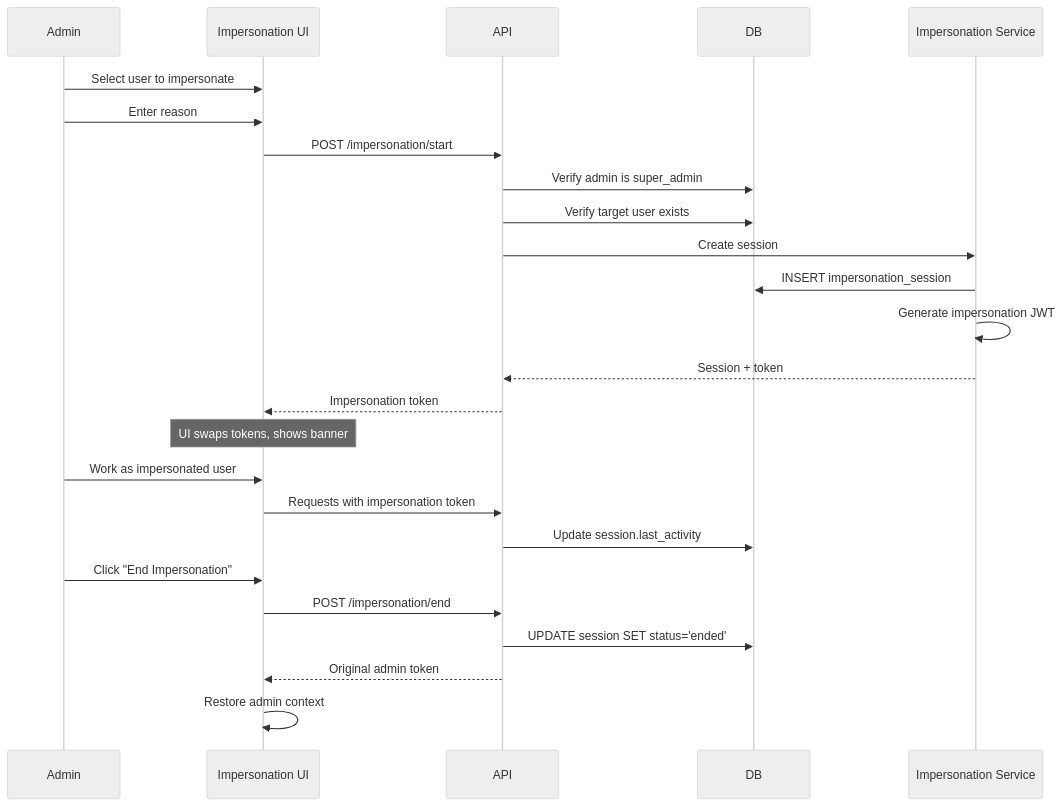
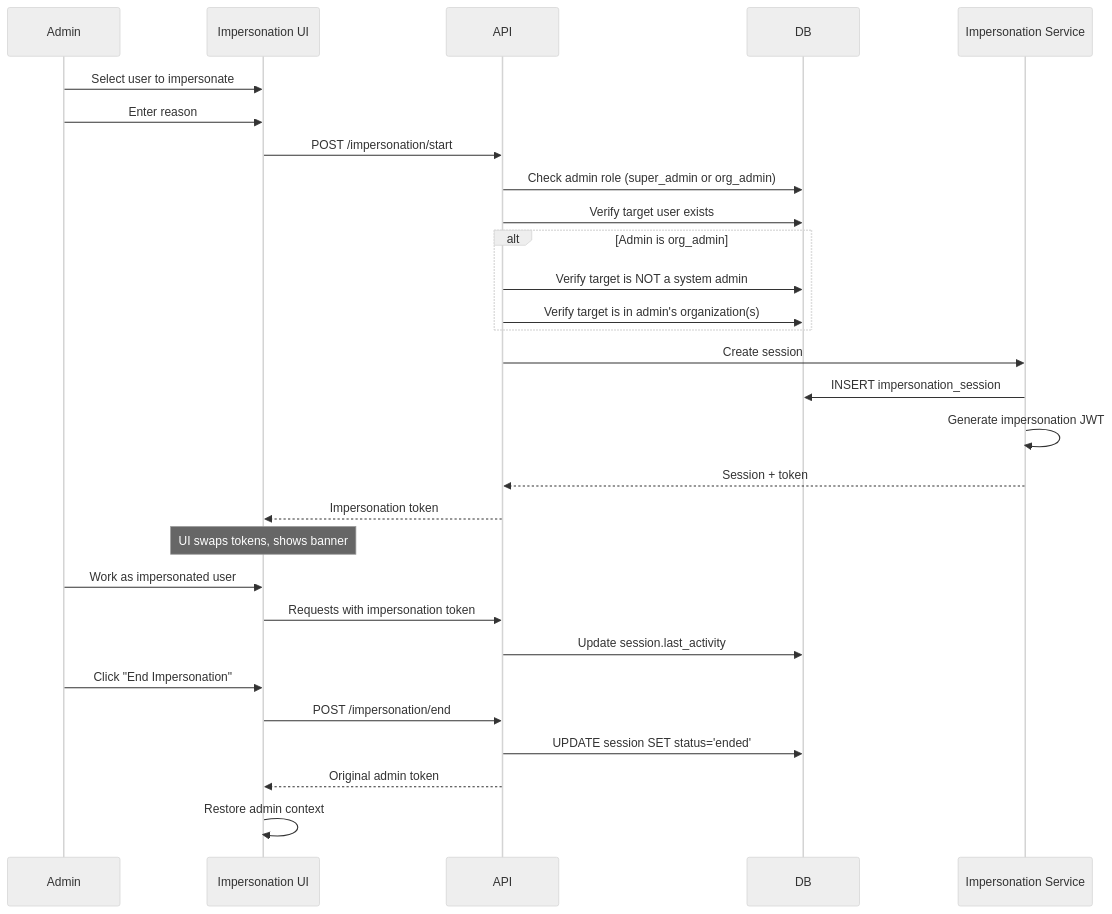
One commit to Dyad-Apps/argus-lite changed the fourth of 6 diagrams in docs/architecture/phase-5-security-features.md. Above: the diagram before and after it, drawn with Mermaid (neutral theme). The commit also changed other lines of this file and 1 other file, not shown here.

First line of the commit message:
docs: update documentation with org_admin role and impersonation rules

````diff
--- a/docs/architecture/phase-5-security-features.md
+++ b/docs/architecture/phase-5-security-features.md
@@ -164,31 +187,37 @@
 ```mermaid
 sequenceDiagram
     participant Admin
     participant UI as Impersonation UI
     participant API
     participant DB
     participant ImpersonationService as Impersonation Service
 
     Admin->>UI: Select user to impersonate
     Admin->>UI: Enter reason
     UI->>API: POST /impersonation/start
-    API->>DB: Verify admin is super_admin
+    API->>DB: Check admin role (super_admin or org_admin)
     API->>DB: Verify target user exists
+
+    alt Admin is org_admin
+        API->>DB: Verify target is NOT a system admin
+        API->>DB: Verify target is in admin's organization(s)
+    end
+
     API->>ImpersonationService: Create session
     ImpersonationService->>DB: INSERT impersonation_session
     ImpersonationService->>ImpersonationService: Generate impersonation JWT
     ImpersonationService-->>API: Session + token
     API-->>UI: Impersonation token
 
     Note over UI: UI swaps tokens, shows banner
 
     Admin->>UI: Work as impersonated user
     UI->>API: Requests with impersonation token
     API->>DB: Update session.last_activity
 
     Admin->>UI: Click "End Impersonation"
     UI->>API: POST /impersonation/end
     API->>DB: UPDATE session SET status='ended'
     API-->>UI: Original admin token
     UI->>UI: Restore admin context
 ```
````
